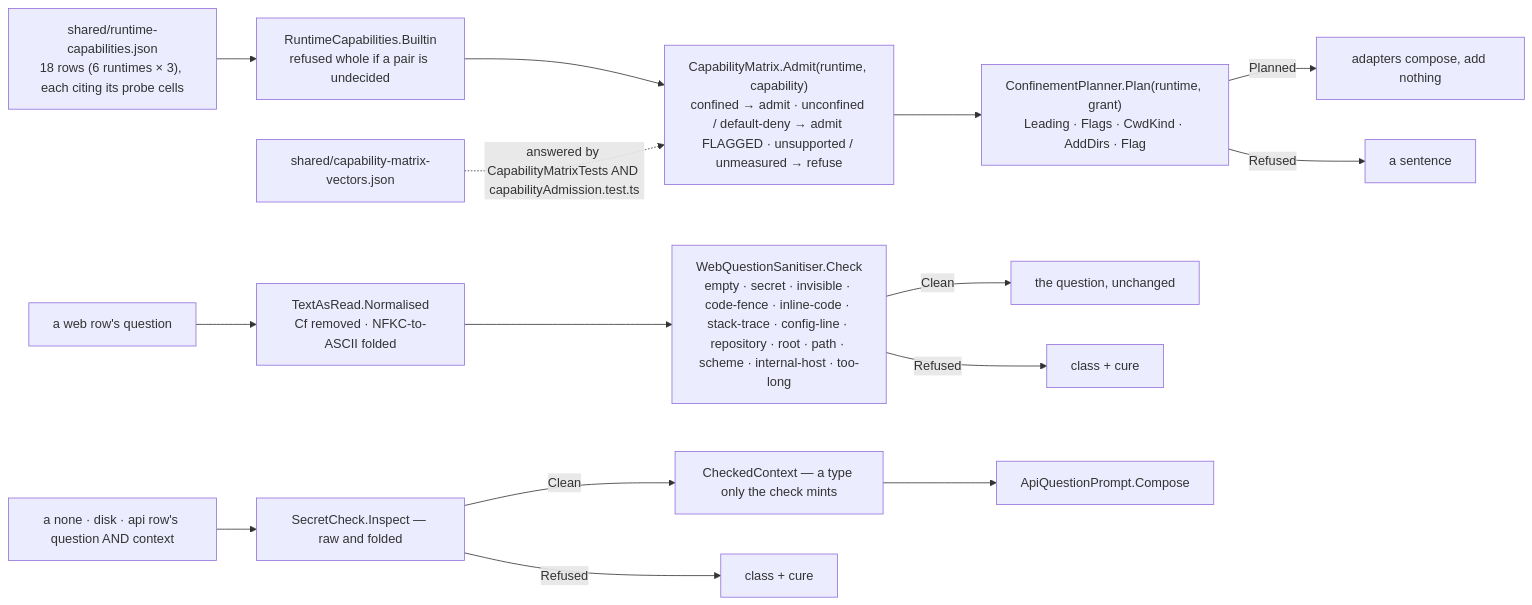
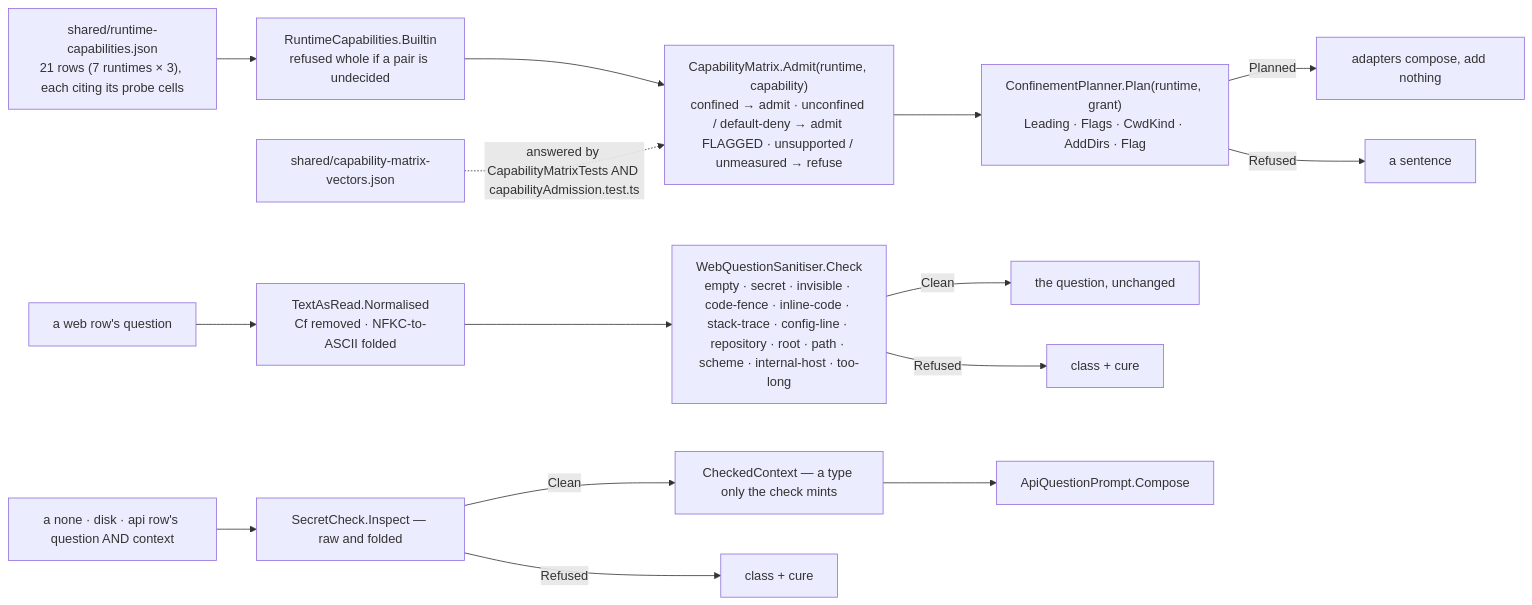
Before and after one commit to oleksandrdubyna88/dew_flow_connect_other_ais: the seventh of 7 diagrams in research/module_core.md, drawn with Mermaid. The commit also changed other lines of this file and 114 other files, not shown here.

````diff
--- a/research/module_core.md
+++ b/research/module_core.md
@@ -812,17 +812,17 @@
 ```mermaid
 flowchart LR
-  seed["shared/runtime-capabilities.json<br/>18 rows (6 runtimes × 3), each citing its probe cells"] --> RC[RuntimeCapabilities.Builtin<br/>refused whole if a pair is undecided]
+  seed["shared/runtime-capabilities.json<br/>21 rows (7 runtimes × 3), each citing its probe cells"] --> RC[RuntimeCapabilities.Builtin<br/>refused whole if a pair is undecided]
   RC --> CM["CapabilityMatrix.Admit(runtime, capability)<br/>confined → admit · unconfined / default-deny → admit FLAGGED · unsupported / unmeasured → refuse"]
   CM --> CP["ConfinementPlanner.Plan(runtime, grant)<br/>Leading · Flags · CwdKind · AddDirs · Flag"]
   CP -->|Planned| AD[adapters compose, add nothing]
   CP -->|Refused| X1[a sentence]
   q[a web row's question] --> TR["TextAsRead.Normalised<br/>Cf removed · NFKC-to-ASCII folded"]
   TR --> WS["WebQuestionSanitiser.Check<br/>empty · secret · invisible · code-fence · inline-code · stack-trace · config-line · repository · root · path · scheme · internal-host · too-long"]
   WS -->|Clean| same[the question, unchanged]
   WS -->|Refused| X2[class + cure]
   ctx[a none · disk · api row's question AND context] --> SC[SecretCheck.Inspect — raw and folded]
   SC -->|Clean| CC[CheckedContext — a type only the check mints]
   CC --> AP[ApiQuestionPrompt.Compose]
   SC -->|Refused| X3[class + cure]
   vectors["shared/capability-matrix-vectors.json"] -. "answered by CapabilityMatrixTests AND capabilityAdmission.test.ts" .-> CM
 ```
````
